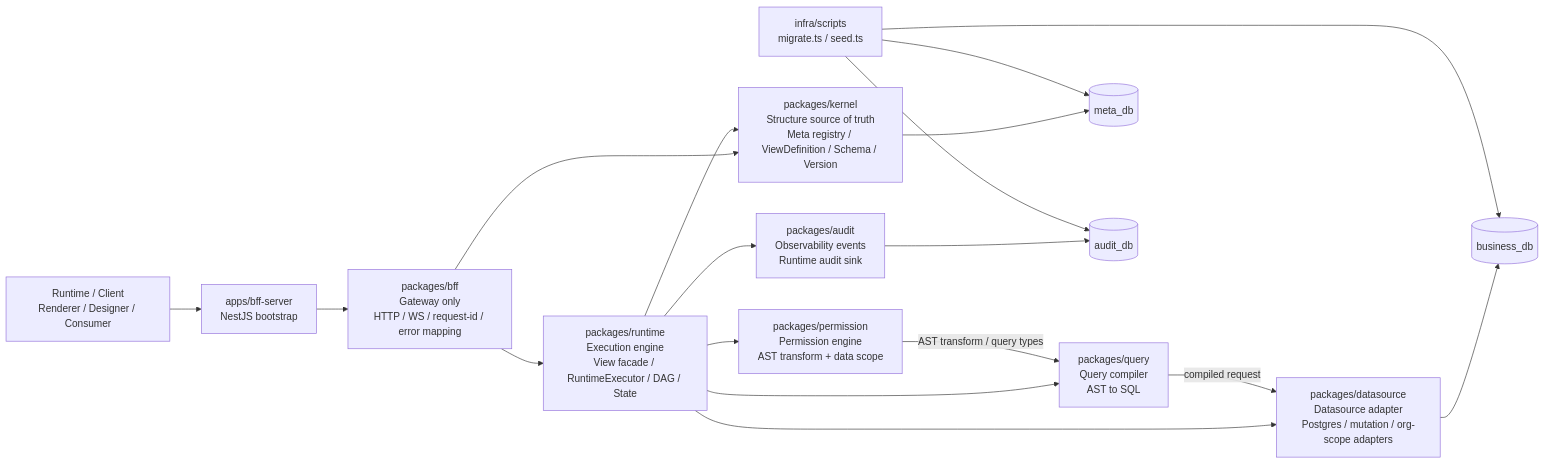
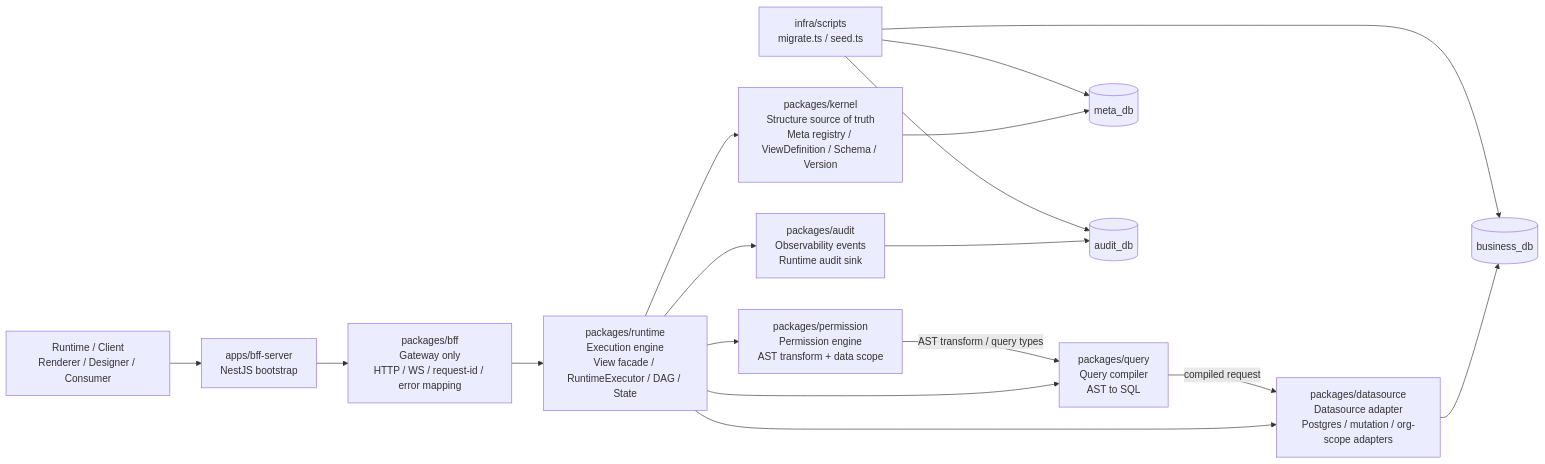
Before and after one commit to zhongmiao-org/meta-lc-platform: the diagram in README.md, drawn with Mermaid. The commit also changed other lines of this file and 14 other files, not shown here.

First line of the commit message:
fix(boundaries): remove BFF kernel dependency

````diff
--- a/README.md
+++ b/README.md
@@ -15,33 +15,32 @@
 ```mermaid
 flowchart LR
   Client["Runtime / Client<br/>Renderer / Designer / Consumer"]
   BFFServer["apps/bff-server<br/>NestJS bootstrap"]
   BFF["packages/bff<br/>Gateway only<br/>HTTP / WS / request-id / error mapping"]
   Runtime["packages/runtime<br/>Execution engine<br/>View facade / RuntimeExecutor / DAG / State"]
   Kernel["packages/kernel<br/>Structure source of truth<br/>Meta registry / ViewDefinition / Schema / Version"]
   Query["packages/query<br/>Query compiler<br/>AST to SQL"]
   Permission["packages/permission<br/>Permission engine<br/>AST transform + data scope"]
   Datasource["packages/datasource<br/>Datasource adapter<br/>Postgres / mutation / org-scope adapters"]
   Audit["packages/audit<br/>Observability events<br/>Runtime audit sink"]
   InfraScripts["infra/scripts<br/>migrate.ts / seed.ts"]
   MetaDb[("meta_db")]
   BusinessDb[("business_db")]
   AuditDb[("audit_db")]
   Client --> BFFServer
   BFFServer --> BFF
   BFF --> Runtime
-  BFF --> Kernel
   Runtime --> Kernel
   Runtime --> Permission
   Runtime --> Query
   Runtime --> Datasource
   Runtime --> Audit
   Permission -->|"AST transform / query types"| Query
   Query -->|"compiled request"| Datasource
   Kernel --> MetaDb
   Datasource --> BusinessDb
   Audit --> AuditDb
   InfraScripts --> MetaDb
   InfraScripts --> BusinessDb
   InfraScripts --> AuditDb
 ```
````
